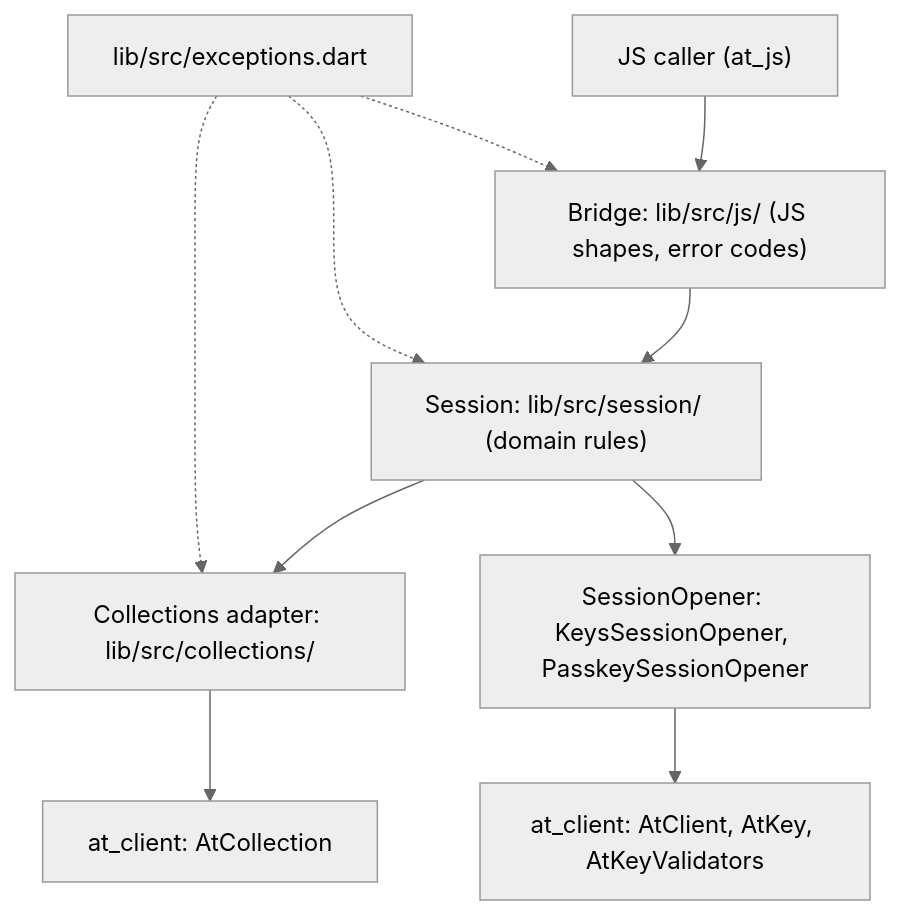
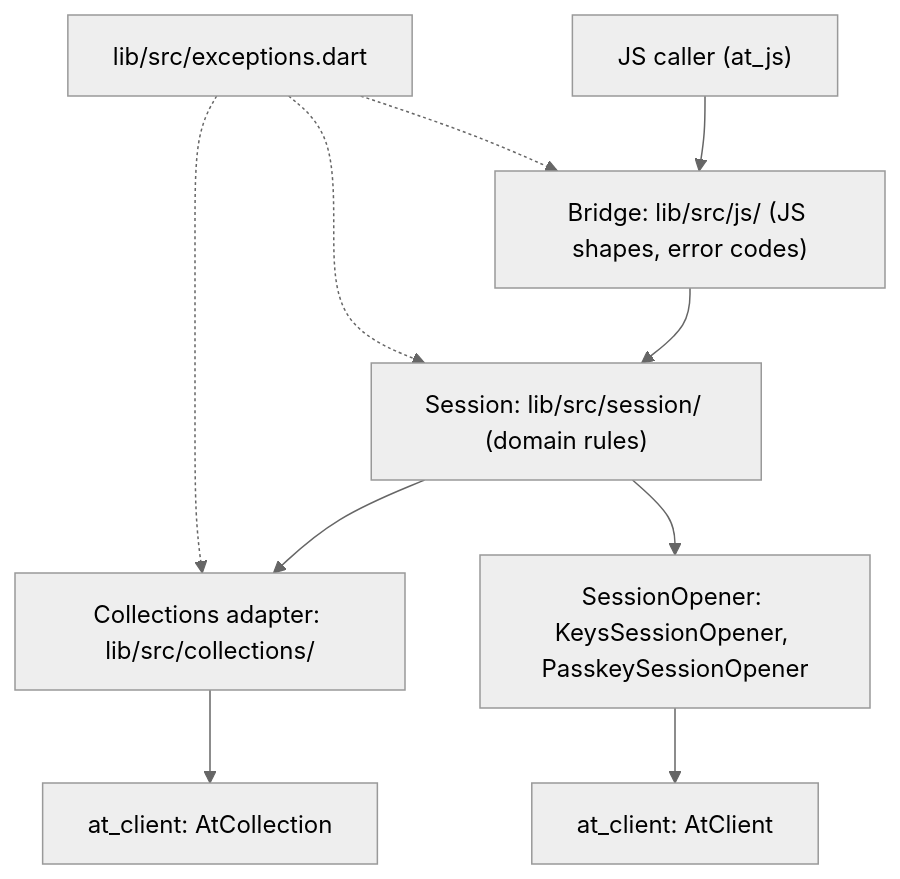
One commit to atsign-foundation/at_client_sdk changed the diagram in docs/projects/wasm/bridge-layering.md. Above: the diagram before and after it, drawn with Mermaid (neutral theme). The commit also changed other lines of this file and 1 other file, not shown here.

Commit message:
docs(architecture): rescope bridge decisions to D-38..D-41 and D-45

````diff
--- a/docs/projects/wasm/bridge-layering.md
+++ b/docs/projects/wasm/bridge-layering.md
@@ -20,12 +22,12 @@
 ```mermaid
 flowchart TD
   JS["JS caller (at_js)"] --> B["Bridge: lib/src/js/ (JS shapes, error codes)"]
   B --> S["Session: lib/src/session/ (domain rules)"]
   S --> C["Collections adapter: lib/src/collections/"]
   S --> O["SessionOpener: KeysSessionOpener, PasskeySessionOpener"]
   C --> AC["at_client: AtCollection"]
-  O --> AC2["at_client: AtClient, AtKey, AtKeyValidators"]
+  O --> AC2["at_client: AtClient"]
   X["lib/src/exceptions.dart"] -.-> B
   X -.-> S
   X -.-> C
 ```
````
